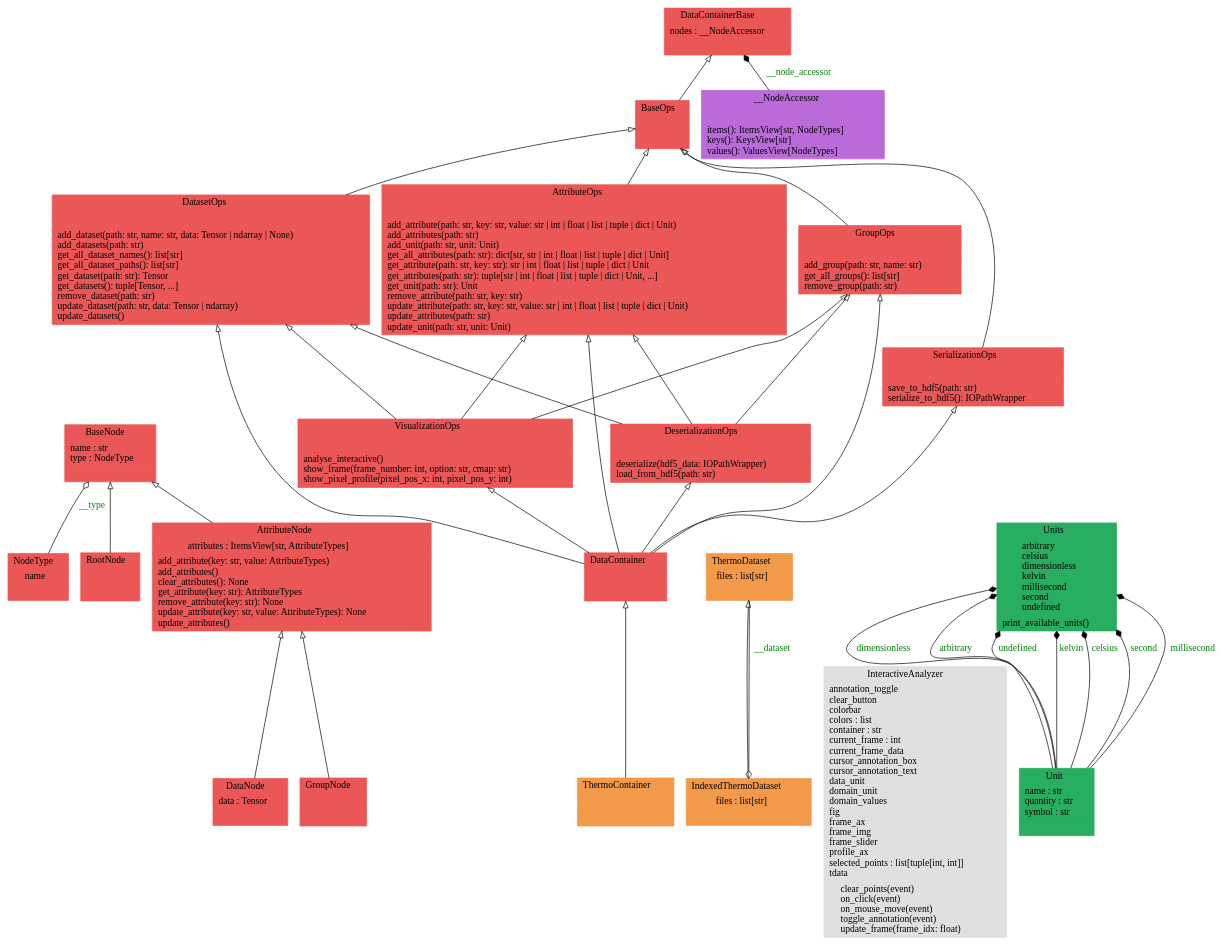
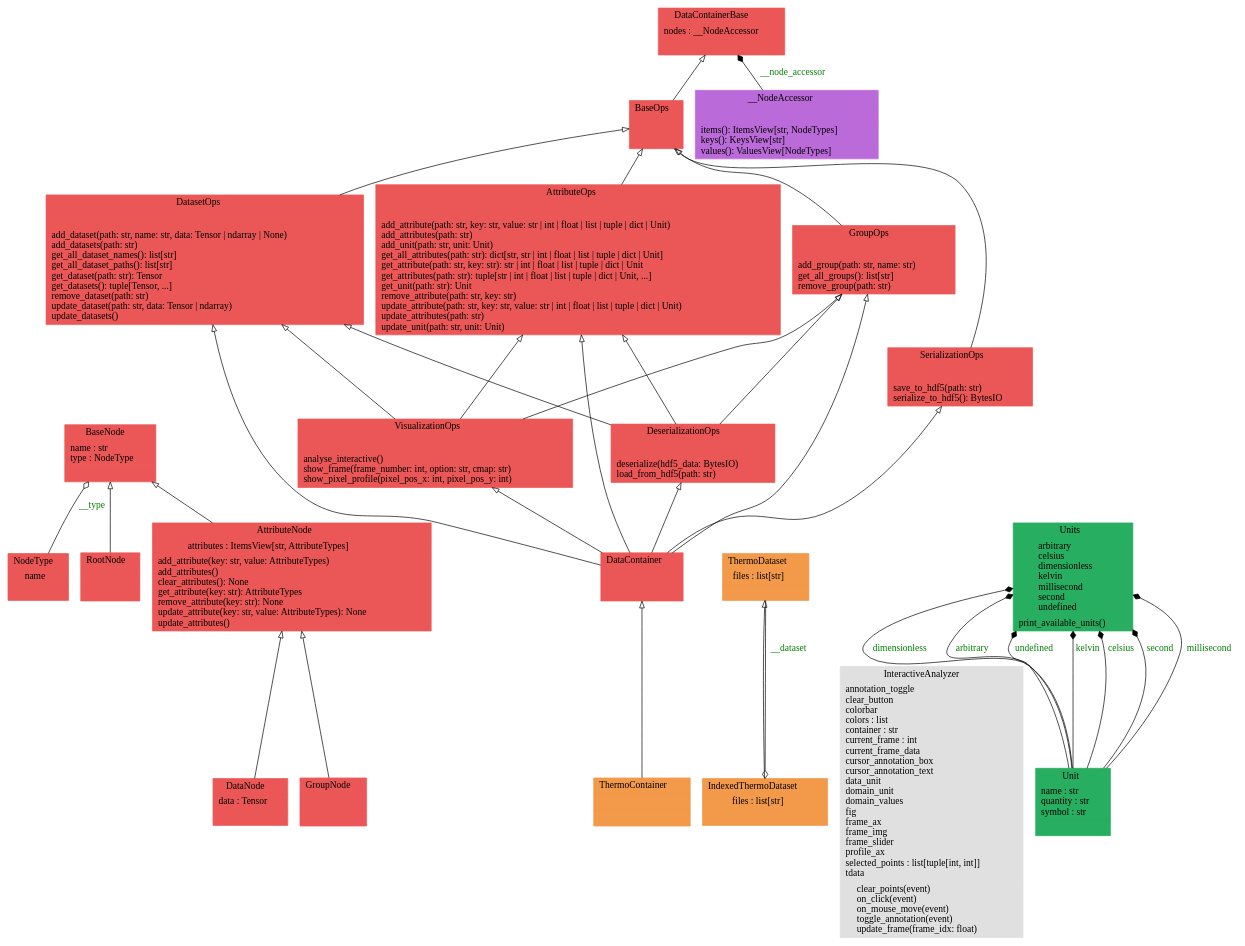
One commit to voidsy-gmbh/pyThermoNDT changed the diagram in docs/pyreverse/graphviz/classes_pythermondt.data.gv. Above: the diagram before and after it, drawn with Graphviz. The commit also changed 31 other files, not shown here.

First line of the commit message:
Move IOPathWrapper to io module and eliminate circular dependency with DataContainer (#95)

```diff
--- a/docs/pyreverse/graphviz/classes_pythermondt.data.gv
+++ b/docs/pyreverse/graphviz/classes_pythermondt.data.gv
@@ -1,59 +1,59 @@
 digraph "classes_pythermondt.data" {
 rankdir=BT
 charset="utf-8"
 "pythermondt.data.datacontainer.node.AttributeNode" [color="#EB5757", fontcolor="black", label=<{AttributeNode|attributes : ItemsView[str, AttributeTypes]<br ALIGN="LEFT"/>|add_attribute(key: str, value: AttributeTypes)<br ALIGN="LEFT"/>add_attributes()<br ALIGN="LEFT"/>clear_attributes(): None<br ALIGN="LEFT"/>get_attribute(key: str): AttributeTypes<br ALIGN="LEFT"/>remove_attribute(key: str): None<br ALIGN="LEFT"/>update_attribute(key: str, value: AttributeTypes): None<br ALIGN="LEFT"/>update_attributes()<br ALIGN="LEFT"/>}>, shape="record", style="filled"];
 "pythermondt.data.datacontainer.attribute_ops.AttributeOps" [color="#EB5757", fontcolor="black", label=<{AttributeOps|<br ALIGN="LEFT"/>|add_attribute(path: str, key: str, value: str \| int \| float \| list \| tuple \| dict \| Unit)<br ALIGN="LEFT"/>add_attributes(path: str)<br ALIGN="LEFT"/>add_unit(path: str, unit: Unit)<br ALIGN="LEFT"/>get_all_attributes(path: str): dict[str, str \| int \| float \| list \| tuple \| dict \| Unit]<br ALIGN="LEFT"/>get_attribute(path: str, key: str): str \| int \| float \| list \| tuple \| dict \| Unit<br ALIGN="LEFT"/>get_attributes(path: str): tuple[str \| int \| float \| list \| tuple \| dict \| Unit, ...]<br ALIGN="LEFT"/>get_unit(path: str): Unit<br ALIGN="LEFT"/>remove_attribute(path: str, key: str)<br ALIGN="LEFT"/>update_attribute(path: str, key: str, value: str \| int \| float \| list \| tuple \| dict \| Unit)<br ALIGN="LEFT"/>update_attributes(path: str)<br ALIGN="LEFT"/>update_unit(path: str, unit: Unit)<br ALIGN="LEFT"/>}>, shape="record", style="filled"];
 "pythermondt.data.datacontainer.node.BaseNode" [color="#EB5757", fontcolor="black", label=<{BaseNode|name : str<br ALIGN="LEFT"/>type : NodeType<br ALIGN="LEFT"/>|}>, shape="record", style="filled"];
 "pythermondt.data.datacontainer.base.BaseOps" [color="#EB5757", fontcolor="black", label=<{BaseOps|<br ALIGN="LEFT"/>|}>, shape="record", style="filled"];
 "pythermondt.data.datacontainer.core.DataContainer" [color="#EB5757", fontcolor="black", label=<{DataContainer|<br ALIGN="LEFT"/>|}>, shape="record", style="filled"];
 "pythermondt.data.datacontainer.base.DataContainerBase" [color="#EB5757", fontcolor="black", label=<{DataContainerBase|nodes : __NodeAccessor<br ALIGN="LEFT"/>|}>, shape="record", style="filled"];
 "pythermondt.data.datacontainer.node.DataNode" [color="#EB5757", fontcolor="black", label=<{DataNode|data : Tensor<br ALIGN="LEFT"/>|}>, shape="record", style="filled"];
 "pythermondt.data.datacontainer.dataset_ops.DatasetOps" [color="#EB5757", fontcolor="black", label=<{DatasetOps|<br ALIGN="LEFT"/>|add_dataset(path: str, name: str, data: Tensor \| ndarray \| None)<br ALIGN="LEFT"/>add_datasets(path: str)<br ALIGN="LEFT"/>get_all_dataset_names(): list[str]<br ALIGN="LEFT"/>get_all_dataset_paths(): list[str]<br ALIGN="LEFT"/>get_dataset(path: str): Tensor<br ALIGN="LEFT"/>get_datasets(): tuple[Tensor, ...]<br ALIGN="LEFT"/>remove_dataset(path: str)<br ALIGN="LEFT"/>update_dataset(path: str, data: Tensor \| ndarray)<br ALIGN="LEFT"/>update_datasets()<br ALIGN="LEFT"/>}>, shape="record", style="filled"];
-"pythermondt.data.datacontainer.serialization_ops.DeserializationOps" [color="#EB5757", fontcolor="black", label=<{DeserializationOps|<br ALIGN="LEFT"/>|deserialize(hdf5_data: IOPathWrapper)<br ALIGN="LEFT"/>load_from_hdf5(path: str)<br ALIGN="LEFT"/>}>, shape="record", style="filled"];
+"pythermondt.data.datacontainer.serialization_ops.DeserializationOps" [color="#EB5757", fontcolor="black", label=<{DeserializationOps|<br ALIGN="LEFT"/>|deserialize(hdf5_data: BytesIO)<br ALIGN="LEFT"/>load_from_hdf5(path: str)<br ALIGN="LEFT"/>}>, shape="record", style="filled"];
 "pythermondt.data.datacontainer.node.GroupNode" [color="#EB5757", fontcolor="black", label=<{GroupNode|<br ALIGN="LEFT"/>|}>, shape="record", style="filled"];
 "pythermondt.data.datacontainer.group_ops.GroupOps" [color="#EB5757", fontcolor="black", label=<{GroupOps|<br ALIGN="LEFT"/>|add_group(path: str, name: str)<br ALIGN="LEFT"/>get_all_groups(): list[str]<br ALIGN="LEFT"/>remove_group(path: str)<br ALIGN="LEFT"/>}>, shape="record", style="filled"];
 "pythermondt.data.thermo_dataset.IndexedThermoDataset" [color="#F2994A", fontcolor="black", label=<{IndexedThermoDataset|files : list[str]<br ALIGN="LEFT"/>|}>, shape="record", style="filled"];
 "pythermondt.data.datacontainer.visualization_ops.VisualizationOps.InteractiveAnalyzer" [color="#E0E0E0", fontcolor="black", label=<{InteractiveAnalyzer|annotation_toggle<br ALIGN="LEFT"/>clear_button<br ALIGN="LEFT"/>colorbar<br ALIGN="LEFT"/>colors : list<br ALIGN="LEFT"/>container : str<br ALIGN="LEFT"/>current_frame : int<br ALIGN="LEFT"/>current_frame_data<br ALIGN="LEFT"/>cursor_annotation_box<br ALIGN="LEFT"/>cursor_annotation_text<br ALIGN="LEFT"/>data_unit<br ALIGN="LEFT"/>domain_unit<br ALIGN="LEFT"/>domain_values<br ALIGN="LEFT"/>fig<br ALIGN="LEFT"/>frame_ax<br ALIGN="LEFT"/>frame_img<br ALIGN="LEFT"/>frame_slider<br ALIGN="LEFT"/>profile_ax<br ALIGN="LEFT"/>selected_points : list[tuple[int, int]]<br ALIGN="LEFT"/>tdata<br ALIGN="LEFT"/>|clear_points(event)<br ALIGN="LEFT"/>on_click(event)<br ALIGN="LEFT"/>on_mouse_move(event)<br ALIGN="LEFT"/>toggle_annotation(event)<br ALIGN="LEFT"/>update_frame(frame_idx: float)<br ALIGN="LEFT"/>}>, shape="record", style="filled"];
 "pythermondt.data.datacontainer.node.NodeType" [color="#EB5757", fontcolor="black", label=<{NodeType|name<br ALIGN="LEFT"/>|}>, shape="record", style="filled"];
 "pythermondt.data.datacontainer.node.RootNode" [color="#EB5757", fontcolor="black", label=<{RootNode|<br ALIGN="LEFT"/>|}>, shape="record", style="filled"];
-"pythermondt.data.datacontainer.serialization_ops.SerializationOps" [color="#EB5757", fontcolor="black", label=<{SerializationOps|<br ALIGN="LEFT"/>|save_to_hdf5(path: str)<br ALIGN="LEFT"/>serialize_to_hdf5(): IOPathWrapper<br ALIGN="LEFT"/>}>, shape="record", style="filled"];
+"pythermondt.data.datacontainer.serialization_ops.SerializationOps" [color="#EB5757", fontcolor="black", label=<{SerializationOps|<br ALIGN="LEFT"/>|save_to_hdf5(path: str)<br ALIGN="LEFT"/>serialize_to_hdf5(): BytesIO<br ALIGN="LEFT"/>}>, shape="record", style="filled"];
 "pythermondt.data.thermo_container.ThermoContainer" [color="#F2994A", fontcolor="black", label=<{ThermoContainer|<br ALIGN="LEFT"/>|}>, shape="record", style="filled"];
 "pythermondt.data.thermo_dataset.ThermoDataset" [color="#F2994A", fontcolor="black", label=<{ThermoDataset|files : list[str]<br ALIGN="LEFT"/>|}>, shape="record", style="filled"];
 "pythermondt.data.units._unit.Unit" [color="#27AE60", fontcolor="black", label=<{Unit|name : str<br ALIGN="LEFT"/>quantity : str<br ALIGN="LEFT"/>symbol : str<br ALIGN="LEFT"/>|}>, shape="record", style="filled"];
 "pythermondt.data.units.units.Units" [color="#27AE60", fontcolor="black", label=<{Units|arbitrary<br ALIGN="LEFT"/>celsius<br ALIGN="LEFT"/>dimensionless<br ALIGN="LEFT"/>kelvin<br ALIGN="LEFT"/>millisecond<br ALIGN="LEFT"/>second<br ALIGN="LEFT"/>undefined<br ALIGN="LEFT"/>|print_available_units()<br ALIGN="LEFT"/>}>, shape="record", style="filled"];
 "pythermondt.data.datacontainer.visualization_ops.VisualizationOps" [color="#EB5757", fontcolor="black", label=<{VisualizationOps|<br ALIGN="LEFT"/>|analyse_interactive()<br ALIGN="LEFT"/>show_frame(frame_number: int, option: str, cmap: str)<br ALIGN="LEFT"/>show_pixel_profile(pixel_pos_x: int, pixel_pos_y: int)<br ALIGN="LEFT"/>}>, shape="record", style="filled"];
 "pythermondt.data.datacontainer.base.DataContainerBase.__NodeAccessor" [color="#BB6BD9", fontcolor="black", label=<{__NodeAccessor|<br ALIGN="LEFT"/>|items(): ItemsView[str, NodeTypes]<br ALIGN="LEFT"/>keys(): KeysView[str]<br ALIGN="LEFT"/>values(): ValuesView[NodeTypes]<br ALIGN="LEFT"/>}>, shape="record", style="filled"];
 "pythermondt.data.datacontainer.attribute_ops.AttributeOps" -> "pythermondt.data.datacontainer.base.BaseOps" [arrowhead="empty", arrowtail="none"];
 "pythermondt.data.datacontainer.base.BaseOps" -> "pythermondt.data.datacontainer.base.DataContainerBase" [arrowhead="empty", arrowtail="none"];
 "pythermondt.data.datacontainer.core.DataContainer" -> "pythermondt.data.datacontainer.attribute_ops.AttributeOps" [arrowhead="empty", arrowtail="none"];
 "pythermondt.data.datacontainer.core.DataContainer" -> "pythermondt.data.datacontainer.dataset_ops.DatasetOps" [arrowhead="empty", arrowtail="none"];
 "pythermondt.data.datacontainer.core.DataContainer" -> "pythermondt.data.datacontainer.group_ops.GroupOps" [arrowhead="empty", arrowtail="none"];
 "pythermondt.data.datacontainer.core.DataContainer" -> "pythermondt.data.datacontainer.serialization_ops.DeserializationOps" [arrowhead="empty", arrowtail="none"];
 "pythermondt.data.datacontainer.core.DataContainer" -> "pythermondt.data.datacontainer.serialization_ops.SerializationOps" [arrowhead="empty", arrowtail="none"];
 "pythermondt.data.datacontainer.core.DataContainer" -> "pythermondt.data.datacontainer.visualization_ops.VisualizationOps" [arrowhead="empty", arrowtail="none"];
 "pythermondt.data.datacontainer.dataset_ops.DatasetOps" -> "pythermondt.data.datacontainer.base.BaseOps" [arrowhead="empty", arrowtail="none"];
 "pythermondt.data.datacontainer.group_ops.GroupOps" -> "pythermondt.data.datacontainer.base.BaseOps" [arrowhead="empty", arrowtail="none"];
 "pythermondt.data.datacontainer.node.AttributeNode" -> "pythermondt.data.datacontainer.node.BaseNode" [arrowhead="empty", arrowtail="none"];
 "pythermondt.data.datacontainer.node.DataNode" -> "pythermondt.data.datacontainer.node.AttributeNode" [arrowhead="empty", arrowtail="none"];
 "pythermondt.data.datacontainer.node.GroupNode" -> "pythermondt.data.datacontainer.node.AttributeNode" [arrowhead="empty", arrowtail="none"];
 "pythermondt.data.datacontainer.node.RootNode" -> "pythermondt.data.datacontainer.node.BaseNode" [arrowhead="empty", arrowtail="none"];
 "pythermondt.data.datacontainer.serialization_ops.DeserializationOps" -> "pythermondt.data.datacontainer.attribute_ops.AttributeOps" [arrowhead="empty", arrowtail="none"];
 "pythermondt.data.datacontainer.serialization_ops.DeserializationOps" -> "pythermondt.data.datacontainer.dataset_ops.DatasetOps" [arrowhead="empty", arrowtail="none"];
 "pythermondt.data.datacontainer.serialization_ops.DeserializationOps" -> "pythermondt.data.datacontainer.group_ops.GroupOps" [arrowhead="empty", arrowtail="none"];
 "pythermondt.data.datacontainer.serialization_ops.SerializationOps" -> "pythermondt.data.datacontainer.base.BaseOps" [arrowhead="empty", arrowtail="none"];
 "pythermondt.data.datacontainer.visualization_ops.VisualizationOps" -> "pythermondt.data.datacontainer.attribute_ops.AttributeOps" [arrowhead="empty", arrowtail="none"];
 "pythermondt.data.datacontainer.visualization_ops.VisualizationOps" -> "pythermondt.data.datacontainer.dataset_ops.DatasetOps" [arrowhead="empty", arrowtail="none"];
 "pythermondt.data.datacontainer.visualization_ops.VisualizationOps" -> "pythermondt.data.datacontainer.group_ops.GroupOps" [arrowhead="empty", arrowtail="none"];
 "pythermondt.data.thermo_container.ThermoContainer" -> "pythermondt.data.datacontainer.core.DataContainer" [arrowhead="empty", arrowtail="none"];
 "pythermondt.data.thermo_dataset.IndexedThermoDataset" -> "pythermondt.data.thermo_dataset.ThermoDataset" [arrowhead="empty", arrowtail="none"];
 "pythermondt.data.datacontainer.base.DataContainerBase.__NodeAccessor" -> "pythermondt.data.datacontainer.base.DataContainerBase" [arrowhead="diamond", arrowtail="none", fontcolor="green", label="__node_accessor", style="solid"];
 "pythermondt.data.units._unit.Unit" -> "pythermondt.data.units.units.Units" [arrowhead="diamond", arrowtail="none", fontcolor="green", label="dimensionless", style="solid"];
 "pythermondt.data.units._unit.Unit" -> "pythermondt.data.units.units.Units" [arrowhead="diamond", arrowtail="none", fontcolor="green", label="arbitrary", style="solid"];
 "pythermondt.data.units._unit.Unit" -> "pythermondt.data.units.units.Units" [arrowhead="diamond", arrowtail="none", fontcolor="green", label="undefined", style="solid"];
 "pythermondt.data.units._unit.Unit" -> "pythermondt.data.units.units.Units" [arrowhead="diamond", arrowtail="none", fontcolor="green", label="kelvin", style="solid"];
 "pythermondt.data.units._unit.Unit" -> "pythermondt.data.units.units.Units" [arrowhead="diamond", arrowtail="none", fontcolor="green", label="celsius", style="solid"];
 "pythermondt.data.units._unit.Unit" -> "pythermondt.data.units.units.Units" [arrowhead="diamond", arrowtail="none", fontcolor="green", label="second", style="solid"];
 "pythermondt.data.units._unit.Unit" -> "pythermondt.data.units.units.Units" [arrowhead="diamond", arrowtail="none", fontcolor="green", label="millisecond", style="solid"];
 "pythermondt.data.datacontainer.node.NodeType" -> "pythermondt.data.datacontainer.node.BaseNode" [arrowhead="odiamond", arrowtail="none", fontcolor="green", label="__type", style="solid"];
 "pythermondt.data.thermo_dataset.ThermoDataset" -> "pythermondt.data.thermo_dataset.IndexedThermoDataset" [arrowhead="odiamond", arrowtail="none", fontcolor="green", label="__dataset", style="solid"];
 }
```
